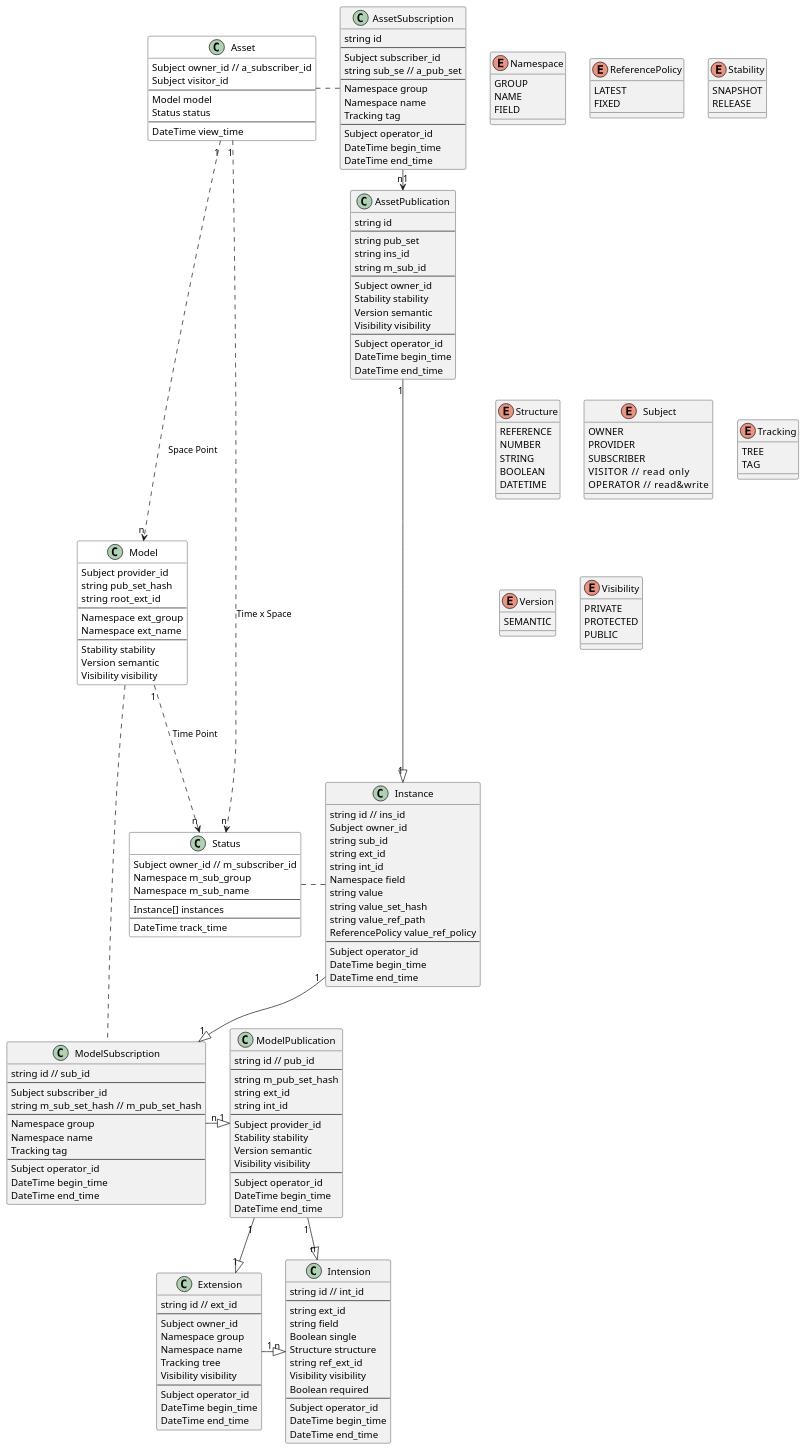
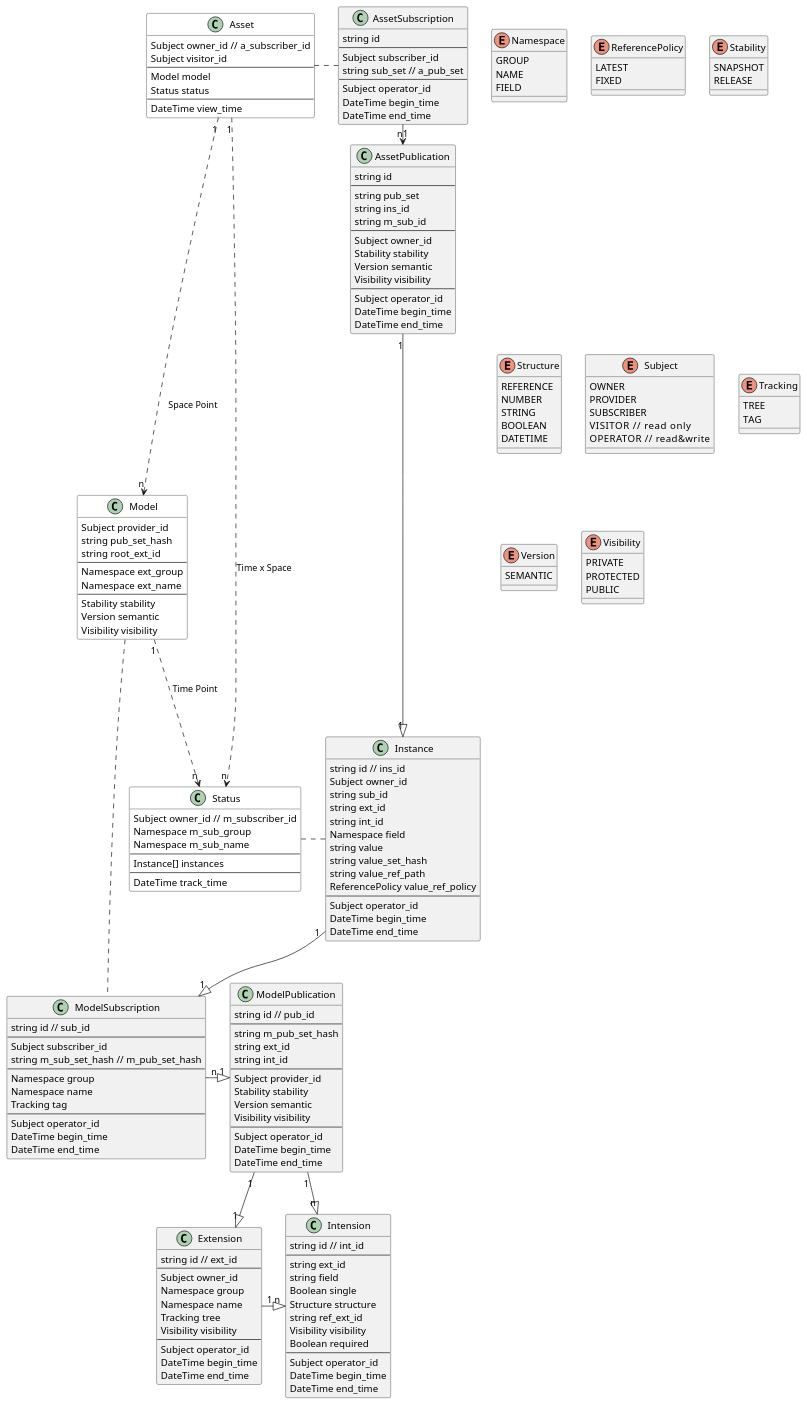
Before and after one commit to SINeWang/kiimate: the diagram in kiimate.puml, drawn with PlantUML. The commit also changed 1 other file, not shown here.

```diff
--- a/kiimate.puml
+++ b/kiimate.puml
@@ -65,11 +65,7 @@
     string id
     ---
     Subject subscriber_id
-    string sub_se // a_pub_set
-    ---
-    Namespace group
-    Namespace name
-    Tracking tag
+    string sub_set // a_pub_set
     ---
     Subject operator_id
     DateTime begin_time
```
